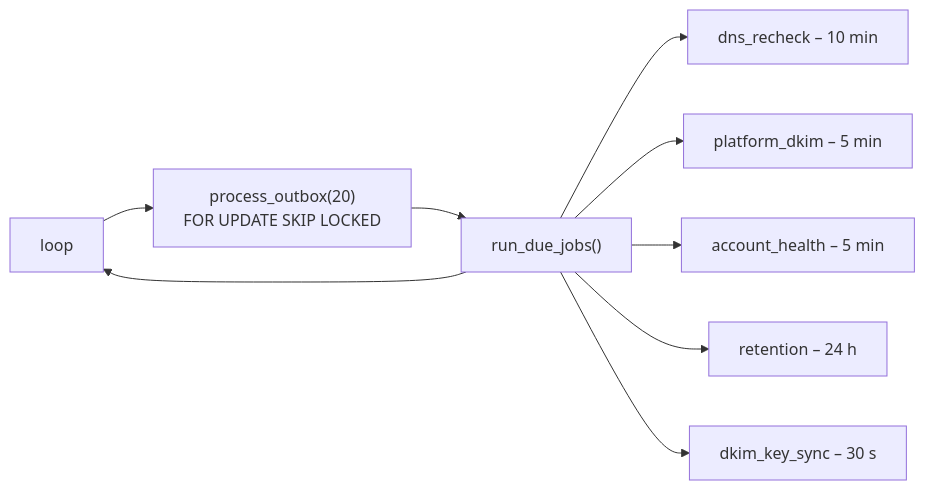
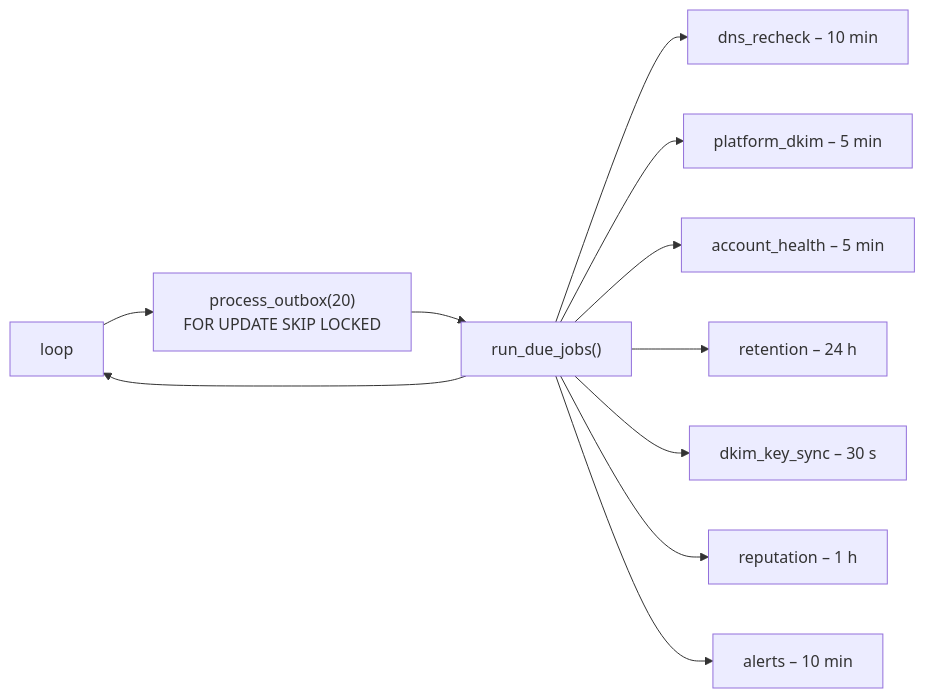
Before and after one commit to AbimbolaOO/mailvender-backend: diagram 13 of 16 in docs/ARCHITECTURE.md, drawn with Mermaid. The commit also changed other lines of this file and 48 other files, not shown here.

````diff
--- a/docs/ARCHITECTURE.md
+++ b/docs/ARCHITECTURE.md
@@ -650,11 +690,13 @@
 ```mermaid
 flowchart LR
     L["loop"] --> O["process_outbox(20)<br/>FOR UPDATE SKIP LOCKED"]
     O --> J["run_due_jobs()"]
     J --> L
     J --> J1["dns_recheck – 10 min"]
     J --> J5["platform_dkim – 5 min"]
     J --> J2["account_health – 5 min"]
     J --> J3["retention – 24 h"]
     J --> J4["dkim_key_sync – 30 s"]
+    J --> J6["reputation – 1 h"]
+    J --> J7["alerts – 10 min"]
 ```
````
